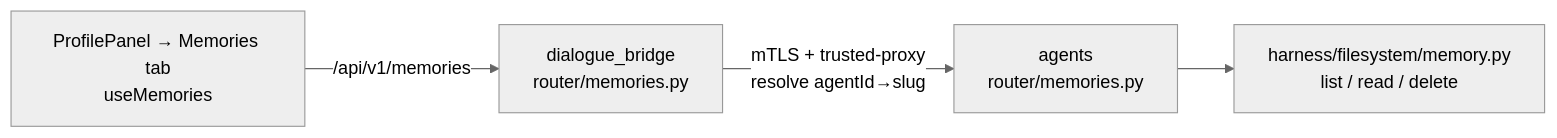
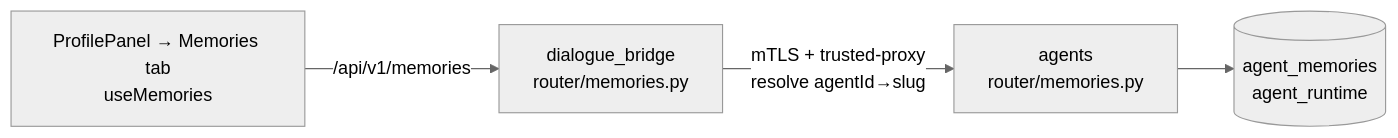
The second of 2 diagrams in docs/flows/agent-memory.md (konstantinosmpouros/mAgenticX), drawn with Mermaid (neutral theme) before and after one commit. The commit also changed other lines of this file and 31 other files, not shown here.

Commit message:
feat(agents): move agent memory into agent_runtime behind a virtual /memories/ mount

````diff
--- a/docs/flows/agent-memory.md
+++ b/docs/flows/agent-memory.md
@@ -75,6 +140,6 @@
 ```mermaid
 flowchart LR
     UI[ProfilePanel → Memories tab<br/>useMemories] -->|/api/v1/memories| BR[dialogue_bridge<br/>router/memories.py]
     BR -->|mTLS + trusted-proxy<br/>resolve agentId→slug| AG[agents<br/>router/memories.py]
-    AG --> FS[harness/filesystem/memory.py<br/>list / read / delete]
+    AG --> ST[(agent_memories<br/>agent_runtime)]
 ```
````
